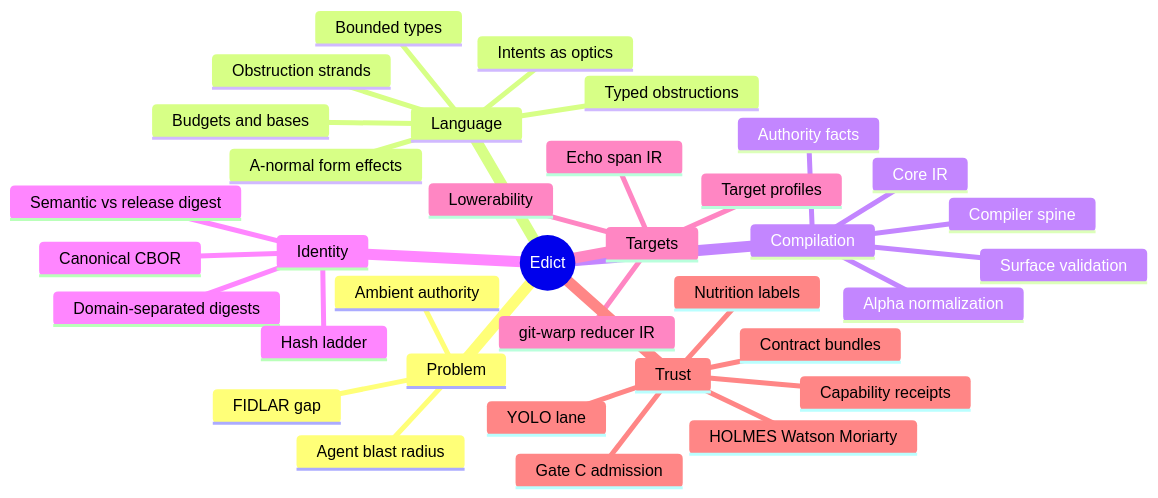
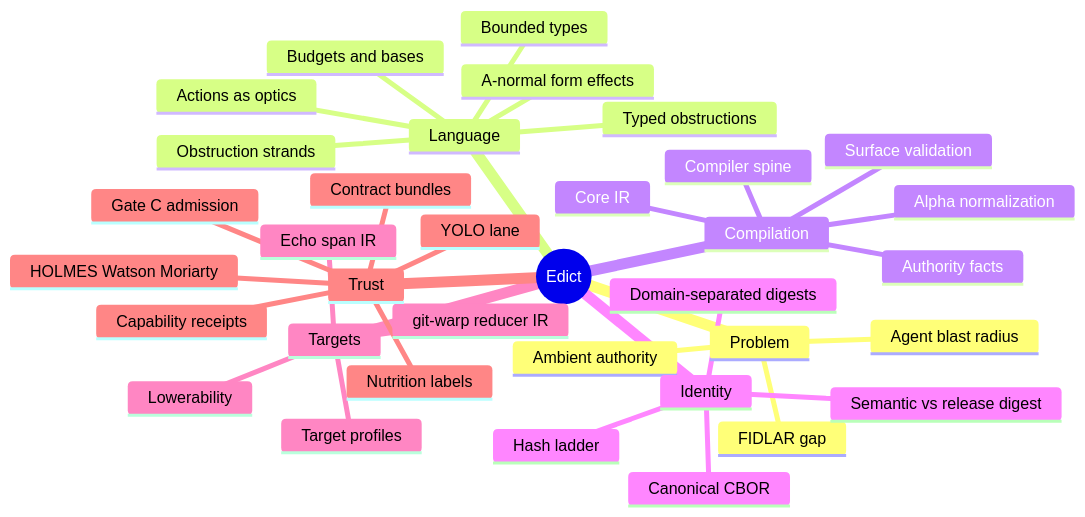
The third of 15 diagrams in EDICT.md (flyingrobots/edict), drawn with Mermaid before and after one commit. The commit also changed other lines of this file and 107 other files, not shown here.

````diff
--- a/EDICT.md
+++ b/EDICT.md
@@ -331,38 +331,38 @@
 ```mermaid
 mindmap
   root((Edict))
     Problem
       FIDLAR gap
       Ambient authority
       Agent blast radius
     Language
-      Intents as optics
+      Actions as optics
       Bounded types
       A-normal form effects
       Typed obstructions
       Obstruction strands
       Budgets and bases
     Compilation
       Surface validation
       Authority facts
       Compiler spine
       Core IR
       Alpha normalization
     Identity
       Canonical CBOR
       Domain-separated digests
       Semantic vs release digest
       Hash ladder
     Targets
       Target profiles
       Lowerability
       Echo span IR
       git-warp reducer IR
     Trust
       Contract bundles
       Nutrition labels
       Gate C admission
       Capability receipts
       HOLMES Watson Moriarty
       YOLO lane
 ```
````
